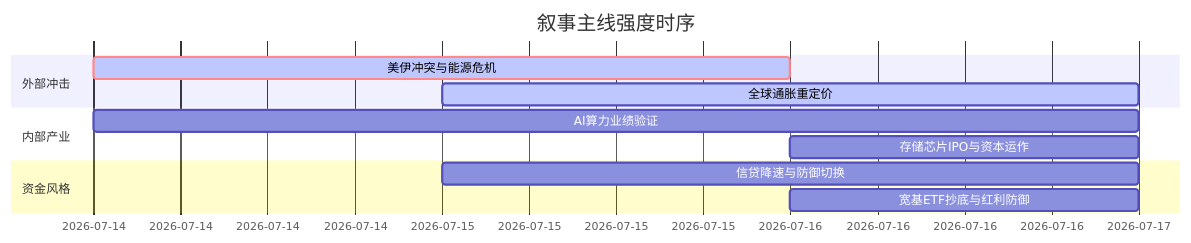
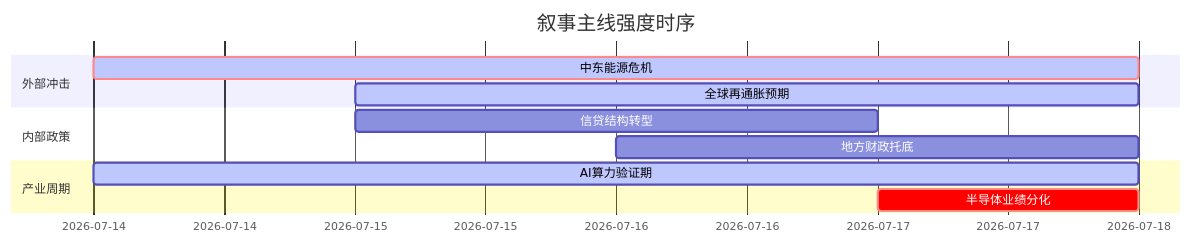
One commit to uu5zn/uu5zn.github.io changed the diagram in 5day_report.md. Above: the diagram before and after it, drawn with Mermaid. The commit also changed other lines of this file and 25 other files, not shown here.

````diff
--- a/5day_report.md
+++ b/5day_report.md
@@ -55,16 +55,16 @@
 ```mermaid
 gantt
     title 叙事主线强度时序
     dateFormat  YYYY-MM-DD
     section 外部冲击
-    美伊冲突与能源危机   :crit, active, 2026-07-14, 2d
-    全球通胀重定价       :active, 2026-07-15, 2d
+    中东能源危机   :crit, active, 2026-07-14, 4d
+    全球再通胀预期 :active, 2026-07-15, 3d
     
-    section 内部产业
-    AI算力业绩验证       :2026-07-14, 3d
-    存储芯片IPO与资本运作 :2026-07-16, 1d
+    section 内部政策
+    信贷结构转型   :2026-07-15, 2d
+    地方财政托底   :2026-07-16, 2d
     
-    section 资金风格
-    信贷降速与防御切换   :2026-07-15, 2d
-    宽基ETF抄底与红利防御 :2026-07-16, 1d
+    section 产业周期
+    AI算力验证期   :active, 2026-07-14, 4d
+    半导体业绩分化 :crit, 2026-07-17, 1d
 ```
````
